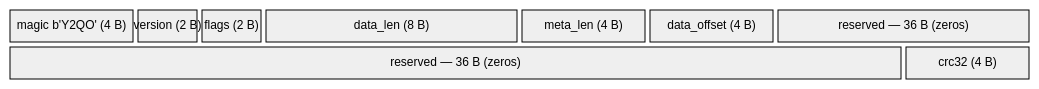
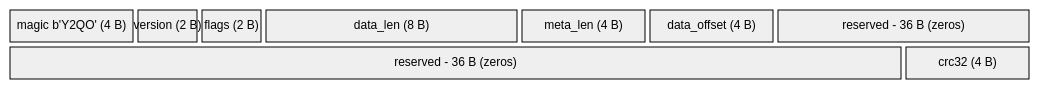
Before and after one commit to Quyzi/y2q: the sixth of 8 diagrams in docs/architecture.md, drawn with Mermaid. The commit also changed other lines of this file and 5 other files, not shown here.

````diff
--- a/docs/architecture.md
+++ b/docs/architecture.md
@@ -163,12 +186,12 @@
 ```mermaid
 %%{init: {"packet": {"showBits": false}}}%%
 packet-beta
 0-3: "magic b'Y2QO' (4 B)"
 4-5: "version (2 B)"
 6-7: "flags (2 B)"
 8-15: "data_len (8 B)"
 16-19: "meta_len (4 B)"
 20-23: "data_offset (4 B)"
-24-59: "reserved — 36 B (zeros)"
+24-59: "reserved - 36 B (zeros)"
 60-63: "crc32 (4 B)"
 ```
````
